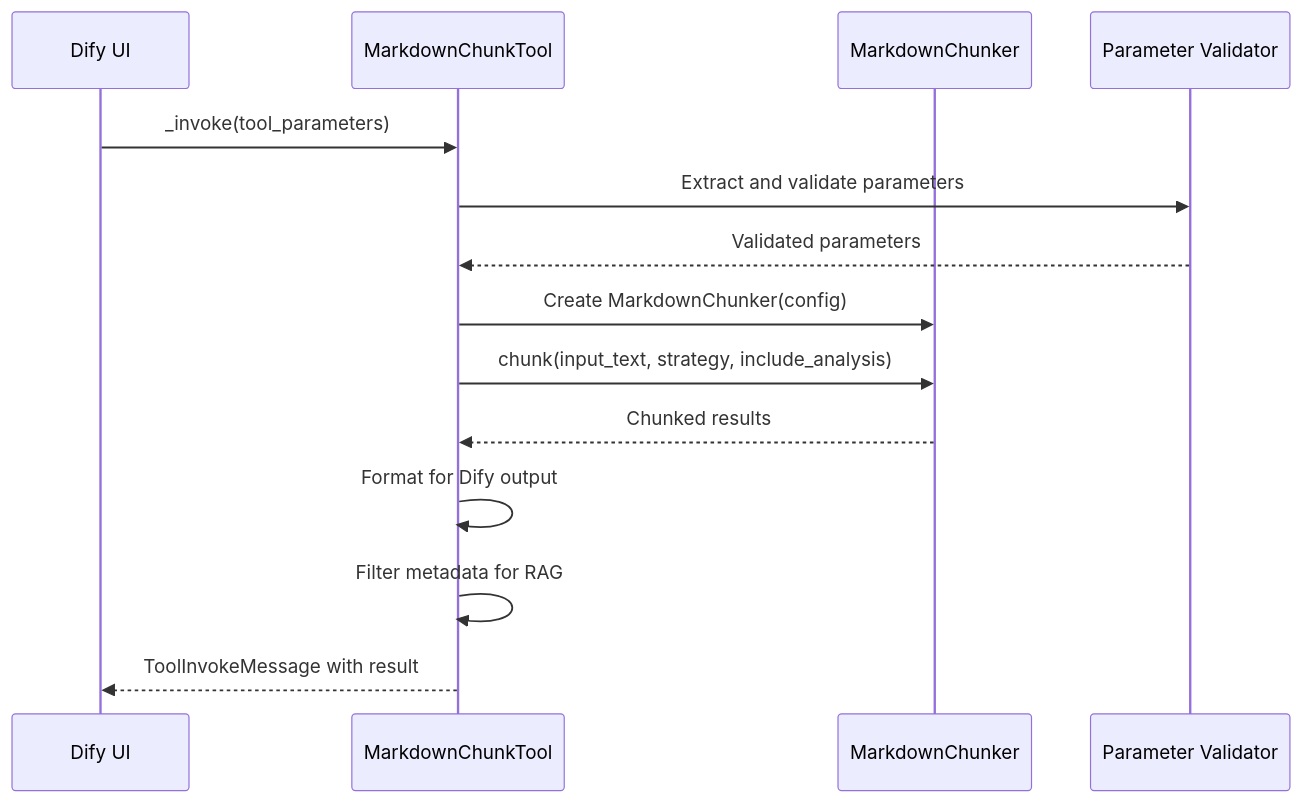
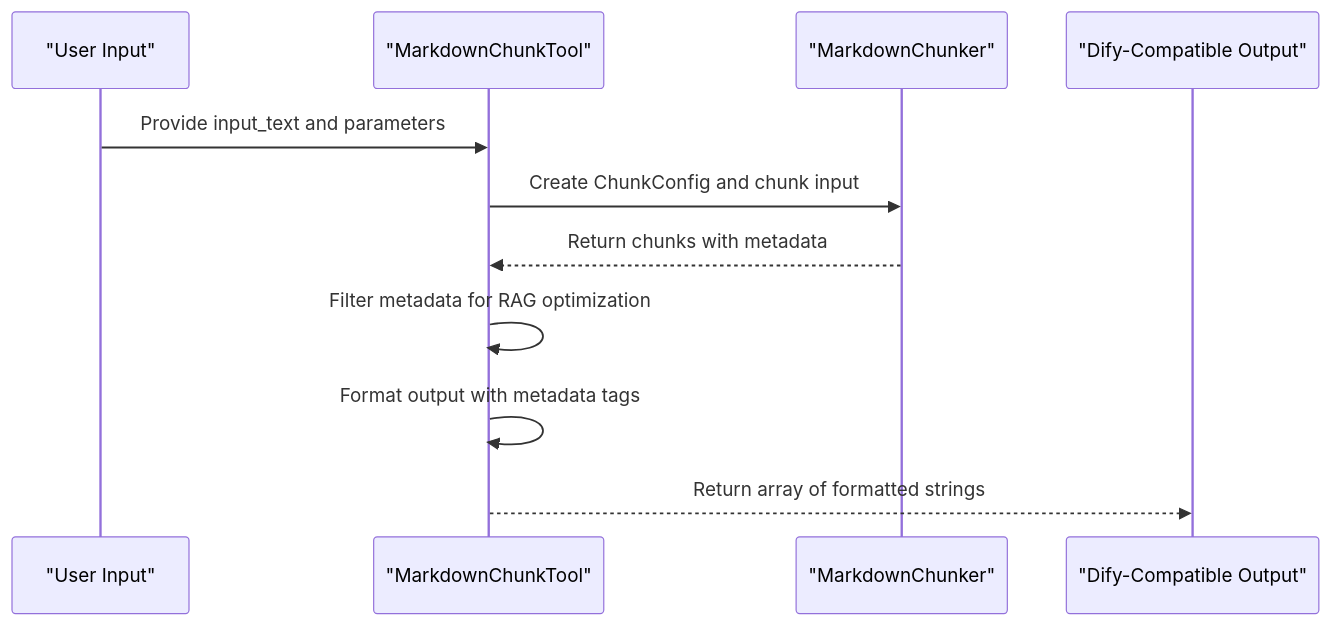
The third of 3 diagrams in .qoder/repowiki/en/content/Integration/Dify Plugin Integration.md (asukhodko/dify-markdown-chunker), drawn with Mermaid before and after one commit. The commit also changed other lines of this file and 205 other files, not shown here.

````diff
--- a/.qoder/repowiki/en/content/Integration/Dify Plugin Integration.md
+++ b/.qoder/repowiki/en/content/Integration/Dify Plugin Integration.md
@@ -154,16 +76,13 @@
 ```mermaid
 sequenceDiagram
-participant Dify as Dify UI
-participant Tool as MarkdownChunkTool
-participant Chunker as MarkdownChunker
-participant Validator as Parameter Validator
-Dify->>Tool : _invoke(tool_parameters)
-Tool->>Validator : Extract and validate parameters
-Validator-->>Tool : Validated parameters
-Tool->>Chunker : Create MarkdownChunker(config)
-Tool->>Chunker : chunk(input_text, strategy, include_analysis)
-Chunker-->>Tool : Chunked results
-Tool->>Tool : Format for Dify output
-Tool->>Tool : Filter metadata for RAG
-Tool-->>Dify : ToolInvokeMessage with result
+participant User as "User Input"
+participant Tool as "MarkdownChunkTool"
+participant Chunker as "MarkdownChunker"
+participant Output as "Dify-Compatible Output"
+User->>Tool : Provide input_text and parameters
+Tool->>Chunker : Create ChunkConfig and chunk input
+Chunker-->>Tool : Return chunks with metadata
+Tool->>Tool : Filter metadata for RAG optimization
+Tool->>Tool : Format output with metadata tags
+Tool-->>Output : Return array of formatted strings
 ```
````
